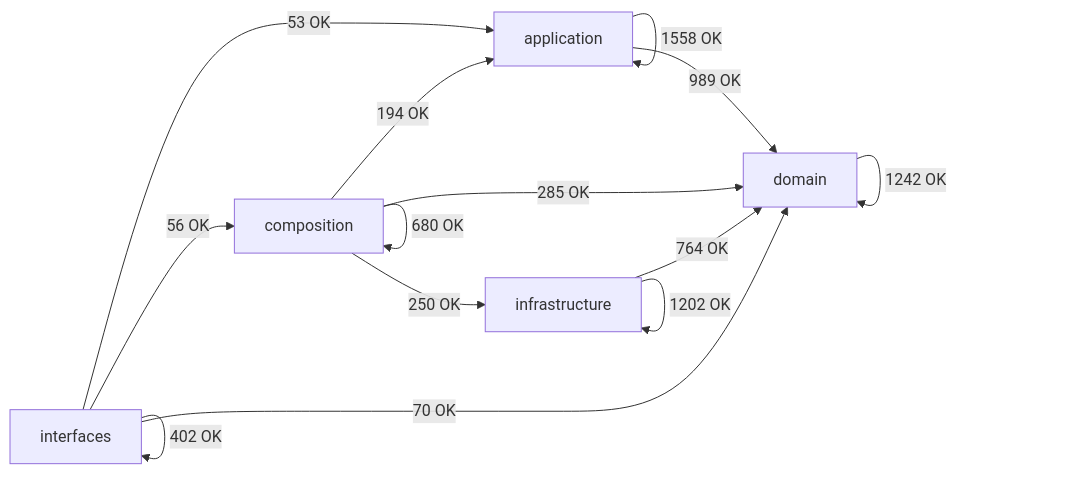
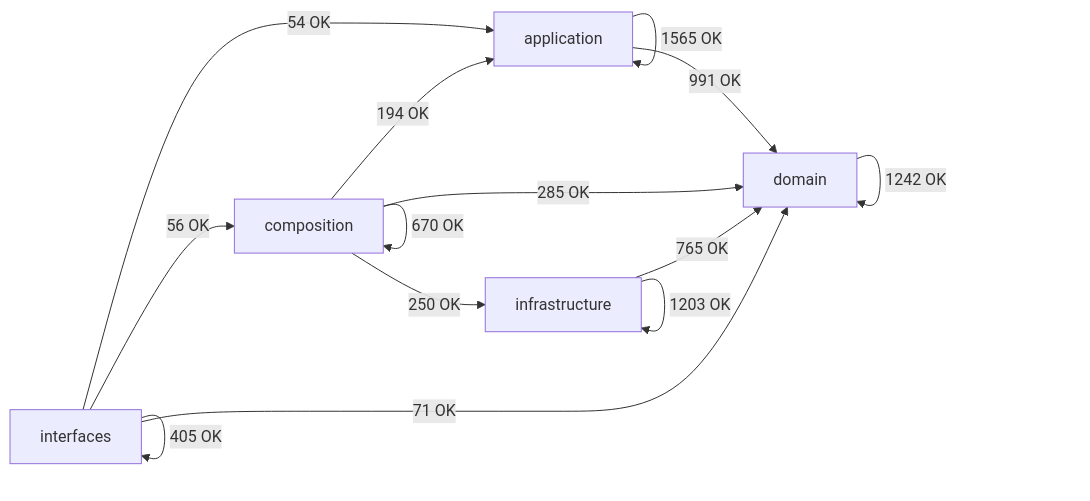
One commit to SatoryKono/BioactivityDataAcquisition changed the diagram in docs/02-architecture/generated/module-dependency-map.md. Above: the diagram before and after it, drawn with Mermaid. The commit also changed other lines of this file and 15 other files, not shown here.

````diff
--- a/docs/02-architecture/generated/module-dependency-map.md
+++ b/docs/02-architecture/generated/module-dependency-map.md
@@ -17,21 +17,21 @@
 ```mermaid
 flowchart LR
     domain[domain]
     application[application]
     infrastructure[infrastructure]
     composition[composition]
     interfaces[interfaces]
-    application -->|1558 OK| application
-    application -->|989 OK| domain
+    application -->|1565 OK| application
+    application -->|991 OK| domain
     composition -->|194 OK| application
-    composition -->|680 OK| composition
+    composition -->|670 OK| composition
     composition -->|285 OK| domain
     composition -->|250 OK| infrastructure
     domain -->|1242 OK| domain
-    infrastructure -->|764 OK| domain
-    infrastructure -->|1202 OK| infrastructure
-    interfaces -->|53 OK| application
+    infrastructure -->|765 OK| domain
+    infrastructure -->|1203 OK| infrastructure
+    interfaces -->|54 OK| application
     interfaces -->|56 OK| composition
-    interfaces -->|70 OK| domain
-    interfaces -->|402 OK| interfaces
+    interfaces -->|71 OK| domain
+    interfaces -->|405 OK| interfaces
 ```
````
